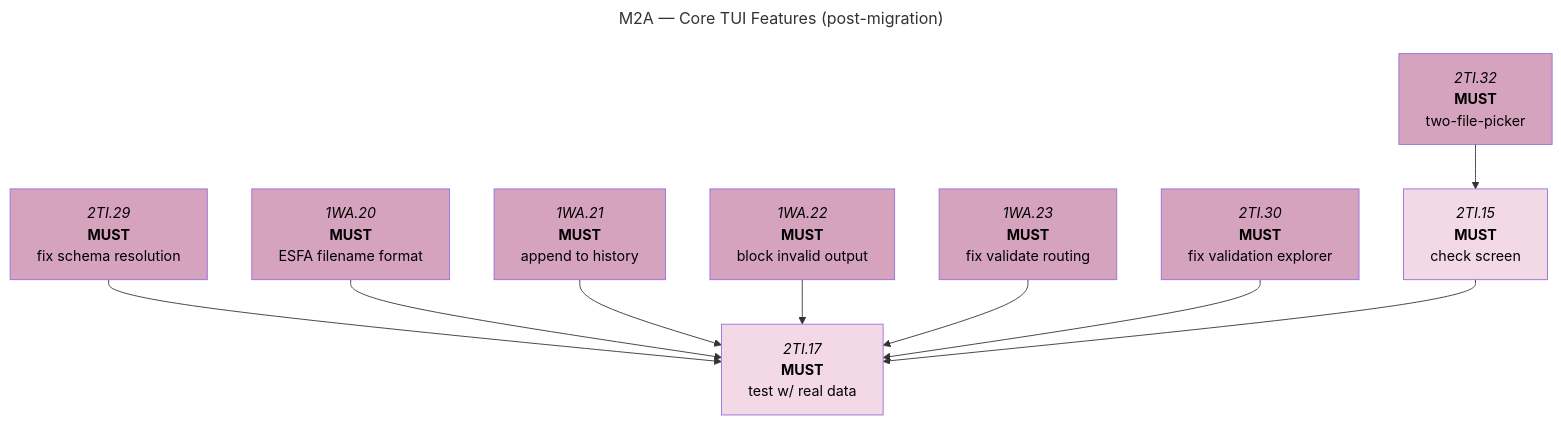
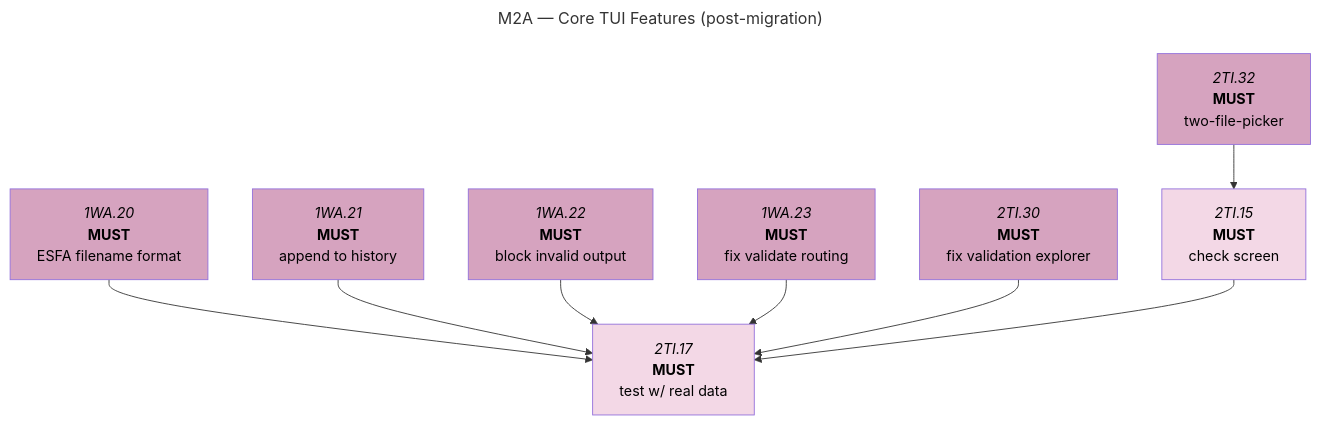
One commit to foundersandcoders/iris changed the second of 5 diagrams in docs/roadmaps/phase-1-mvp-features.md. Above: the diagram before and after it, drawn with Mermaid. The commit also changed other lines of this file, not shown here.

Commit message:
docs: update roadmap

````diff
--- a/docs/roadmaps/phase-1-mvp-features.md
+++ b/docs/roadmaps/phase-1-mvp-features.md
@@ -149,27 +149,26 @@
 ```mermaid
 ---
 title: M2A — Core TUI Features (post-migration)
 ---
 graph TD
 
-2TI.29["`*2TI.29*<br/>**MUST**<br/>fix schema resolution`"]:::must-open
 1WA.20["`*1WA.20*<br/>**MUST**<br/>ESFA filename format`"]:::must-open
 1WA.21["`*1WA.21*<br/>**MUST**<br/>append to history`"]:::must-open
 1WA.22["`*1WA.22*<br/>**MUST**<br/>block invalid output`"]:::must-open
 1WA.23["`*1WA.23*<br/>**MUST**<br/>fix validate routing`"]:::must-open
 2TI.30["`*2TI.30*<br/>**MUST**<br/>fix validation explorer`"]:::must-open
 2TI.32["`*2TI.32*<br/>**MUST**<br/>two-file-picker`"]:::must-open
 2TI.15["`*2TI.15*<br/>**MUST**<br/>check screen`"]:::must-blocked
 2TI.17["`*2TI.17*<br/>**MUST**<br/>test w/ real data`"]:::must-blocked
 
 2TI.32 --> 2TI.15
-2TI.29 & 1WA.20 & 1WA.21 & 1WA.22 & 1WA.23 & 2TI.30 & 2TI.15 --> 2TI.17
+1WA.20 & 1WA.21 & 1WA.22 & 1WA.23 & 2TI.30 & 2TI.15 --> 2TI.17
 
 classDef must-open fill:#D6A3BF,color:#000;
 classDef must-blocked fill:#F3D8E6,color:#000;
 classDef should-open fill:#6F2A52,color:#fff;
 classDef should-blocked fill:#A45A84,color:#fff;
 classDef could-open fill:#3E7F96,color:#fff;
 classDef could-blocked fill:#5FA3BA,color:#fff;
 classDef mile fill:#E8EFF6,color:#000;
 ```
````
